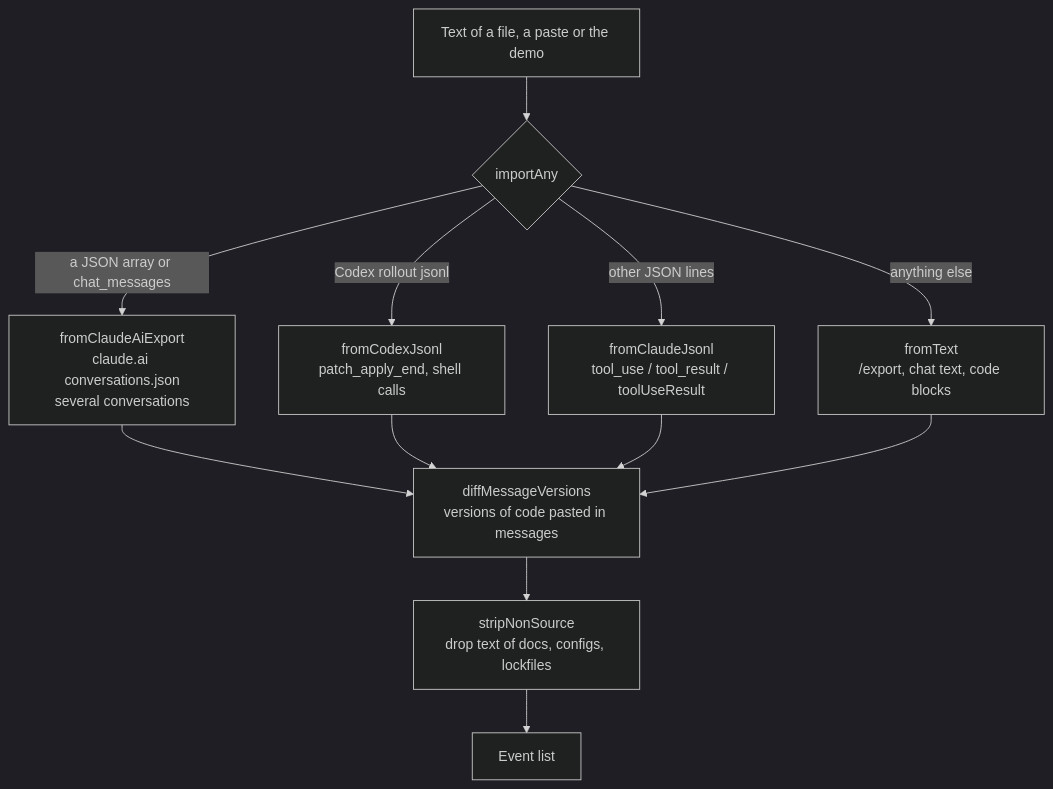
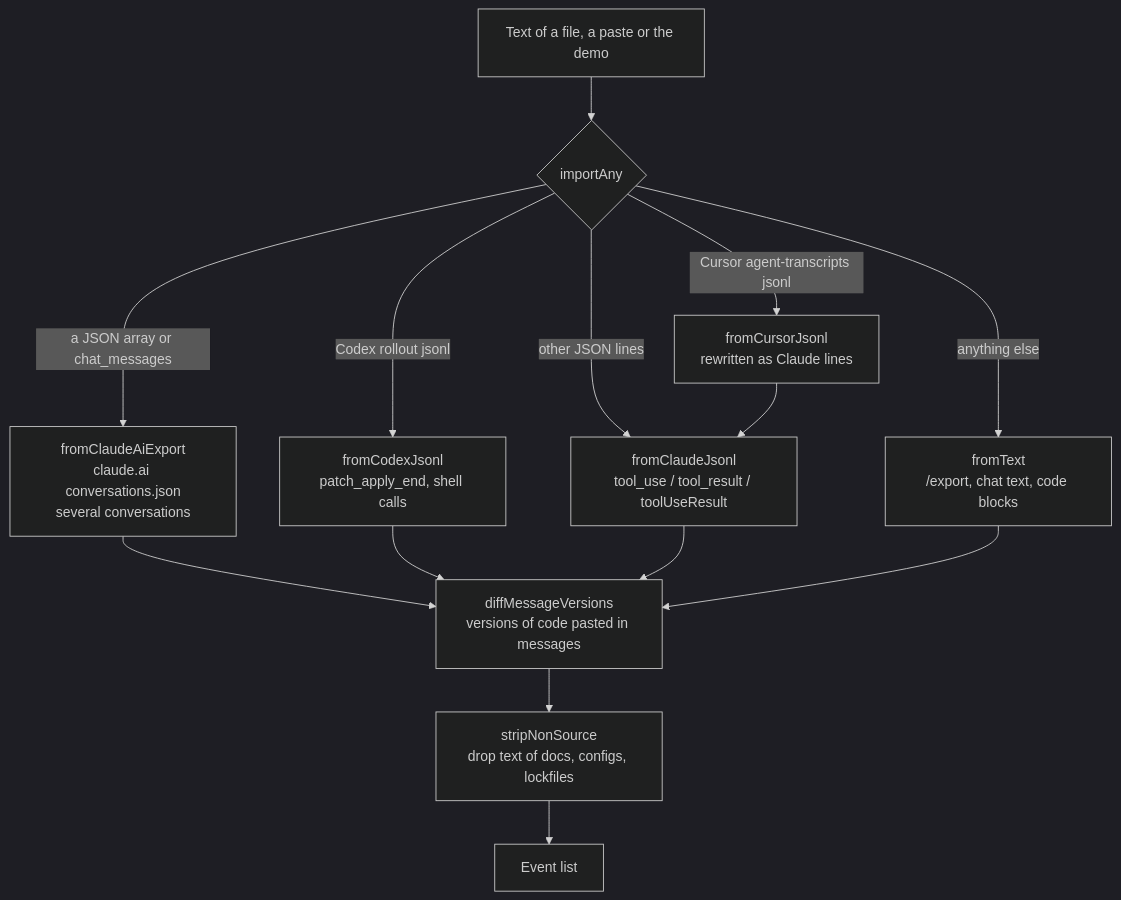
Before and after one commit to nikolaylosev/sessionlens-vscode: the seventh of 13 diagrams in docs/ARCHITECTURE.md, drawn with Mermaid (dark theme). The commit also changed other lines of this file and 6 other files, not shown here.

First line of the commit message:
feat: import Cursor Agent transcripts

````diff
--- a/docs/ARCHITECTURE.md
+++ b/docs/ARCHITECTURE.md
@@ -371,11 +373,13 @@
 ```mermaid
 flowchart TD
   IN[Text of a file, a paste or the demo] --> D{importAny}
   D -->|a JSON array or chat_messages| CA[fromClaudeAiExport<br/>claude.ai conversations.json<br/>several conversations]
+  D -->|Cursor agent-transcripts jsonl| CU[fromCursorJsonl<br/>rewritten as Claude lines]
   D -->|Codex rollout jsonl| CX[fromCodexJsonl<br/>patch_apply_end, shell calls]
   D -->|other JSON lines| CL[fromClaudeJsonl<br/>tool_use / tool_result / toolUseResult]
   D -->|anything else| TX[fromText<br/>/export, chat text, code blocks]
+  CU --> CL
   CA & CX & CL & TX --> DV[diffMessageVersions<br/>versions of code pasted in messages]
   DV --> SN[stripNonSource<br/>drop text of docs, configs, lockfiles]
   SN --> EV[Event list]
 ```
````
